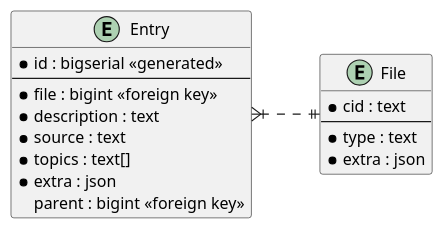
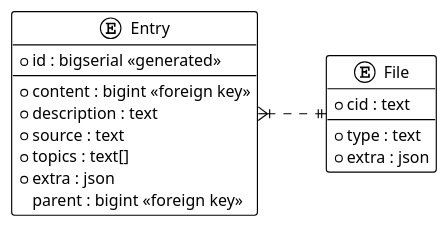
Before and after one commit to ComLaKe/core: the diagram in thesis/figures/db.puml, drawn with PlantUML. The commit also changed 9 other files, not shown here.

```diff
--- a/thesis/figures/db.puml
+++ b/thesis/figures/db.puml
@@ -1,22 +1,24 @@
 @startuml
+!theme plain
 left to right direction
+
 entity File {
     * cid : text
     --
     * type : text
     * extra : json
 }
 
 entity Entry {
     * id : bigserial <<generated>>
     --
-    * file : bigint <<foreign key>>
+    * content : bigint <<foreign key>>
     * description : text
     * source : text
     * topics : text[]
     * extra : json
     parent : bigint <<foreign key>>
 }
 
 Entry }|..|| File
 @enduml
```
